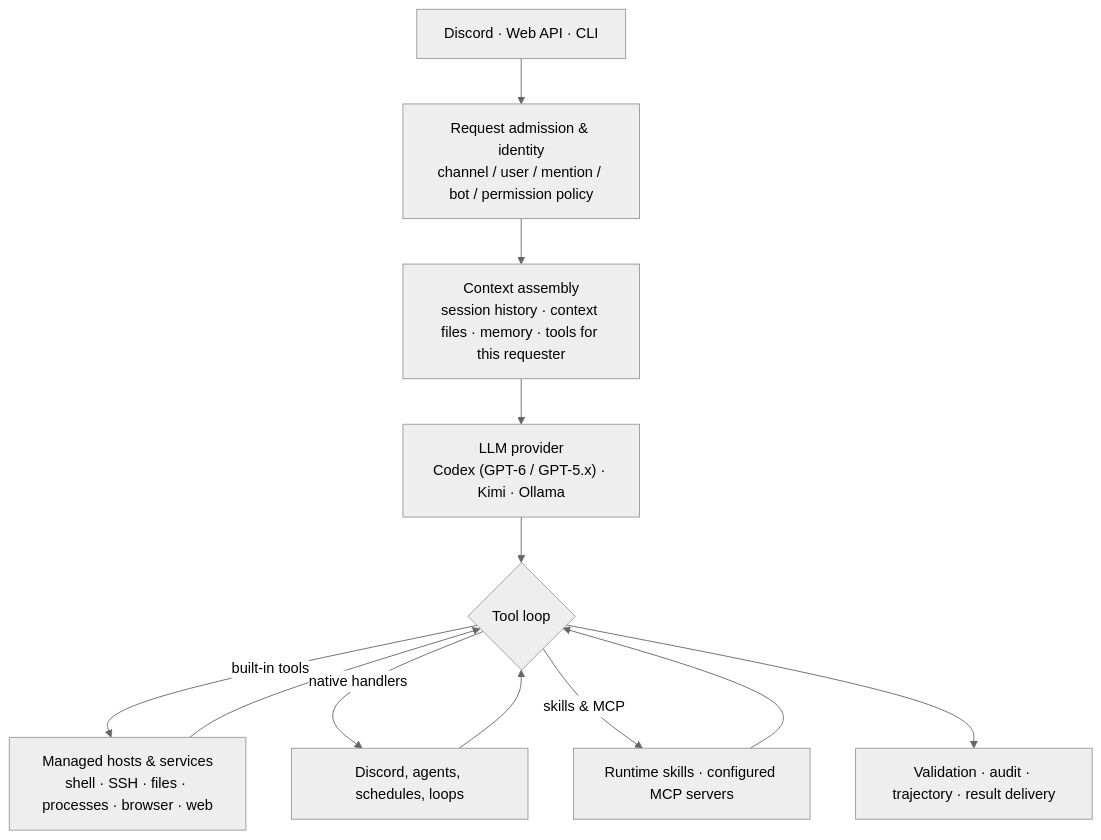
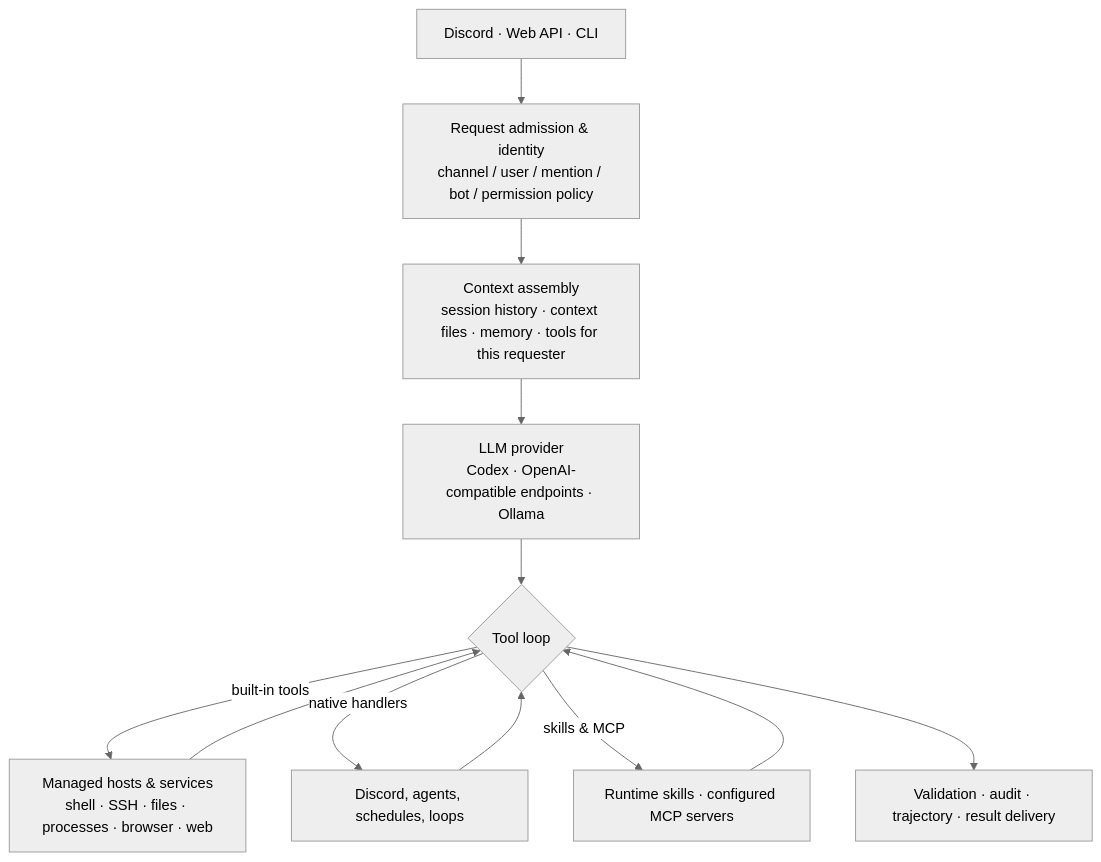
One commit to Calmingstorm/Odin changed the diagram in README.md. Above: the diagram before and after it, drawn with Mermaid (neutral theme). The commit also changed other lines of this file and 5 other files, not shown here.

````diff
--- a/README.md
+++ b/README.md
@@ -132,14 +132,14 @@
 ```mermaid
 flowchart TD
     A["Discord · Web API · CLI"] --> B["Request admission & identity<br/>channel / user / mention / bot / permission policy"]
     B --> C["Context assembly<br/>session history · context files · memory · tools for this requester"]
-    C --> D["LLM provider<br/>Codex (GPT-6 / GPT-5.x) · Kimi · Ollama"]
+    C --> D["LLM provider<br/>Codex · OpenAI-compatible endpoints · Ollama"]
     D --> E{"Tool loop"}
     E -->|built-in tools| F["Managed hosts & services<br/>shell · SSH · files · processes · browser · web"]
     E -->|native handlers| G["Discord, agents, schedules, loops"]
     E -->|skills & MCP| H["Runtime skills · configured MCP servers"]
     F --> E
     G --> E
     H --> E
     E --> I["Validation · audit · trajectory · result delivery"]
 ```
````
